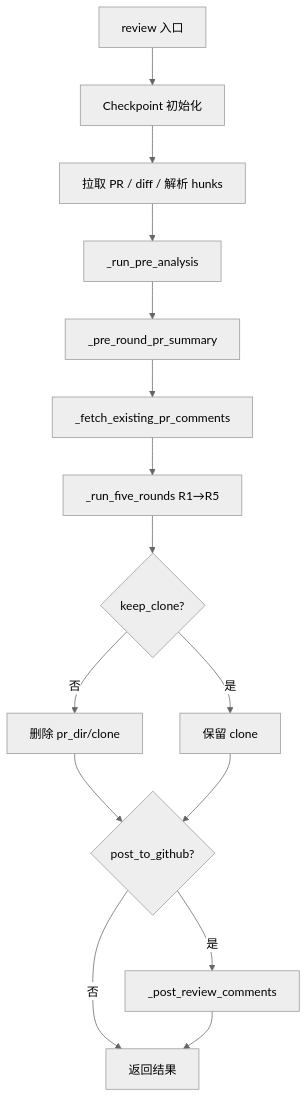
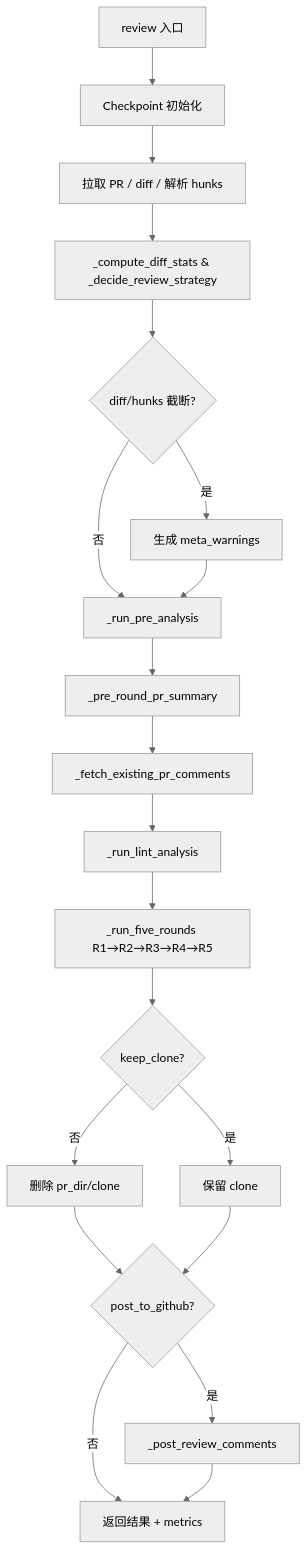
The diagram in docs/zh/Best Practice/git_review_pipeline.md (LazyAGI/LazyLLM), drawn with Mermaid (neutral theme) before and after one commit. The commit also changed other lines of this file and 6 other files, not shown here.

````diff
--- a/docs/zh/Best Practice/git_review_pipeline.md
+++ b/docs/zh/Best Practice/git_review_pipeline.md
@@ -15,17 +13,22 @@
 ```mermaid
 flowchart TD
     A[review 入口] --> B[Checkpoint 初始化]
     B --> C[拉取 PR / diff / 解析 hunks]
-    C --> D[_run_pre_analysis]
-    D --> E[_pre_round_pr_summary]
-    E --> F[_fetch_existing_pr_comments]
-    F --> G[_run_five_rounds R1→R5]
-    G --> H{keep_clone?}
-    H -->|否| I[删除 pr_dir/clone]
-    H -->|是| J[保留 clone]
-    I --> K{post_to_github?}
-    J --> K
-    K -->|是| L[_post_review_comments]
-    K -->|否| M[返回结果]
-    L --> M
+    C --> D[_compute_diff_stats & _decide_review_strategy]
+    D --> E{diff/hunks 截断?}
+    E -->|是| F[生成 meta_warnings]
+    E -->|否| G[_run_pre_analysis]
+    F --> G
+    G --> H[_pre_round_pr_summary]
+    H --> I[_fetch_existing_pr_comments]
+    I --> J[_run_lint_analysis]
+    J --> K[_run_five_rounds R1→R2→R3→R4→R5]
+    K --> L{keep_clone?}
+    L -->|否| M[删除 pr_dir/clone]
+    L -->|是| N[保留 clone]
+    M --> O{post_to_github?}
+    N --> O
+    O -->|是| P[_post_review_comments]
+    O -->|否| Q[返回结果 + metrics]
+    P --> Q
 ```
````
